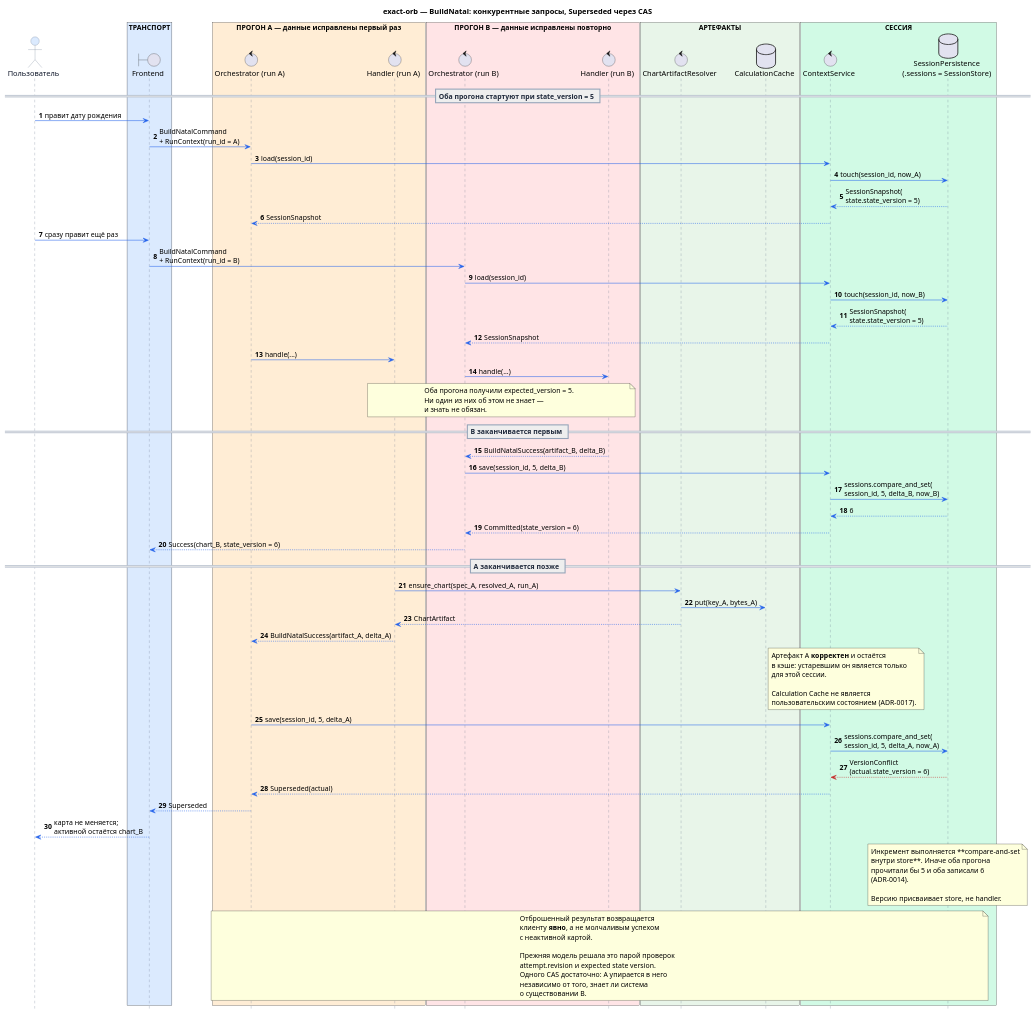
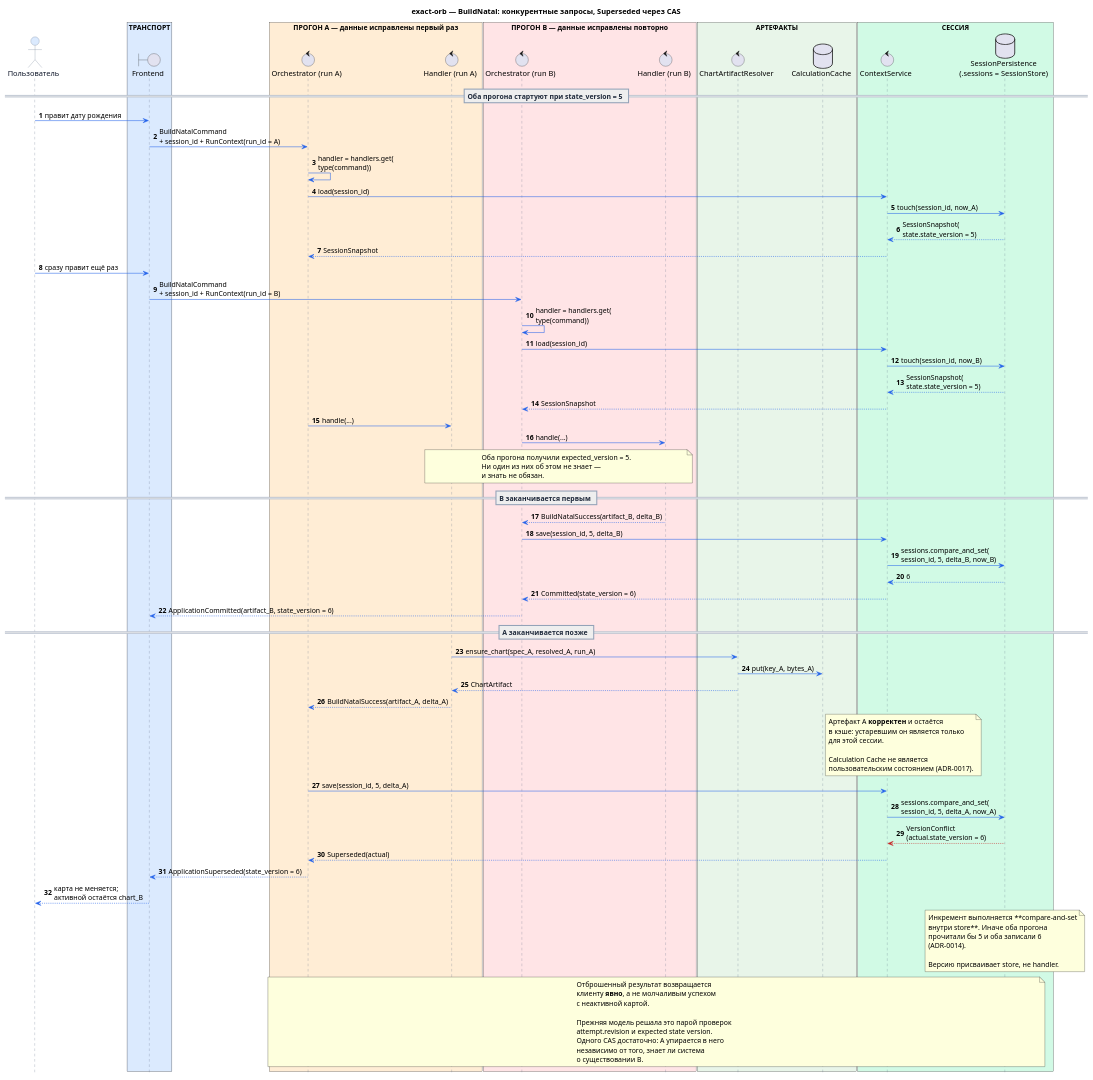
One commit to ksenia-baranova/exact-orb-demo changed the diagram in docs/sequence_diagrams/build_natal/006-build_natal_superseded_cas.puml. Above: the diagram before and after it, drawn with PlantUML. The commit also changed 28 other files, not shown here.

Commit message:
docs: update architecture diagrams, overview, and scenarios

```diff
--- a/docs/sequence_diagrams/build_natal/006-build_natal_superseded_cas.puml
+++ b/docs/sequence_diagrams/build_natal/006-build_natal_superseded_cas.puml
@@ -1,146 +1,148 @@
 @startuml
 title exact-orb — BuildNatal: конкурентные запросы, Superseded через CAS
 
 ' Замена правилу latest accepted build wins из прежней модели.
 ' BuildAttempt и build_revision не используются (ADR-0012).
 
 autonumber
 hide footbox
 
 skinparam shadowing false
 skinparam responseMessageBelowArrow true
 
 skinparam sequence {
     ArrowColor #2563EB
     LifeLineBorderColor #64748B
     LifeLineBackgroundColor #FFFFFF
 
     ParticipantBorderColor #64748B
     ParticipantFontColor #0F172A
     ParticipantBackgroundColor #F8FAFC
 
     ActorBorderColor #64748B
     ActorFontColor #0F172A
     ActorBackgroundColor #DBEAFE
 
     GroupBorderColor #94A3B8
     GroupHeaderFontColor #1E293B
 
     DividerBorderColor #94A3B8
     DividerFontColor #1E293B
 
     NoteBorderColor #94A3B8
     NoteBackgroundColor #FFFBEA
     NoteFontColor #334155
 }
 
 actor "Пользователь" as User
 
 box "ТРАНСПОРТ" #DBEAFE
     boundary "Frontend" as FE
 end box
 
 box "ПРОГОН A — данные исправлены первый раз" #FFEDD5
     control "Orchestrator (run A)" as OrchA
     control "Handler (run A)" as HandlerA
 end box
 
 box "ПРОГОН B — данные исправлены повторно" #FFE4E6
     control "Orchestrator (run B)" as OrchB
     control "Handler (run B)" as HandlerB
 end box
 
 box "АРТЕФАКТЫ" #E8F5E9
     control "ChartArtifactResolver" as Artifacts
     database "CalculationCache" as Cache
 end box
 
 box "СЕССИЯ" #D1FAE5
     control "ContextService" as Context
     database "SessionPersistence\n(.sessions = SessionStore)" as Store
 end box
 
 
 == Оба прогона стартуют при state_version = 5 ==
 
 User -> FE : правит дату рождения
-FE -> OrchA : BuildNatalCommand\n+ RunContext(run_id = A)
+FE -> OrchA : BuildNatalCommand\n+ session_id + RunContext(run_id = A)
+OrchA -> OrchA : handler = handlers.get(\ntype(command))
 OrchA -> Context : load(session_id)
 Context -> Store : touch(session_id, now_A)
 Store --> Context : SessionSnapshot(\nstate.state_version = 5)
 Context --> OrchA : SessionSnapshot
 
 User -> FE : сразу правит ещё раз
-FE -> OrchB : BuildNatalCommand\n+ RunContext(run_id = B)
+FE -> OrchB : BuildNatalCommand\n+ session_id + RunContext(run_id = B)
+OrchB -> OrchB : handler = handlers.get(\ntype(command))
 OrchB -> Context : load(session_id)
 Context -> Store : touch(session_id, now_B)
 Store --> Context : SessionSnapshot(\nstate.state_version = 5)
 Context --> OrchB : SessionSnapshot
 
 OrchA -> HandlerA : handle(...)
 OrchB -> HandlerB : handle(...)
 
 note over HandlerA, HandlerB
 Оба прогона получили expected_version = 5.
 Ни один из них об этом не знает —
 и знать не обязан.
 end note
 
 
 == B заканчивается первым ==
 
 HandlerB --> OrchB : BuildNatalSuccess(artifact_B, delta_B)
 OrchB -> Context : save(session_id, 5, delta_B)
 Context -> Store : sessions.compare_and_set(\nsession_id, 5, delta_B, now_B)
 Store --> Context : 6
 Context --> OrchB : Committed(state_version = 6)
-OrchB --> FE : Success(chart_B, state_version = 6)
+OrchB --> FE : ApplicationCommitted(artifact_B, state_version = 6)
 
 
 == A заканчивается позже ==
 
 HandlerA -> Artifacts : ensure_chart(spec_A, resolved_A, run_A)
 Artifacts -> Cache : put(key_A, bytes_A)
 Artifacts --> HandlerA : ChartArtifact
 
 HandlerA --> OrchA : BuildNatalSuccess(artifact_A, delta_A)
 
 note right of Cache
 Артефакт A **корректен** и остаётся
 в кэше: устаревшим он является только
 для этой сессии.
 
 Calculation Cache не является
 пользовательским состоянием (ADR-0017).
 end note
 
 OrchA -> Context : save(session_id, 5, delta_A)
 Context -> Store : sessions.compare_and_set(\nsession_id, 5, delta_A, now_A)
 Store -[#C62828]-> Context : VersionConflict\n(actual.state_version = 6)
 Context --> OrchA : Superseded(actual)
 
-OrchA --> FE : Superseded
+OrchA --> FE : ApplicationSuperseded(state_version = 6)
 FE --> User : карта не меняется;\nактивной остаётся chart_B
 
 note over Store
 Инкремент выполняется **compare-and-set
 внутри store**. Иначе оба прогона
 прочитали бы 5 и оба записали 6
 (ADR-0014).
 
 Версию присваивает store, не handler.
 end note
 
 note over OrchA, Store
 Отброшенный результат возвращается
 клиенту **явно**, а не молчаливым успехом
 с неактивной картой.
 
 Прежняя модель решала это парой проверок
 attempt.revision и expected state version.
 Одного CAS достаточно: A упирается в него
 независимо от того, знает ли система
 о существовании B.
 end note
 
 @enduml
```
